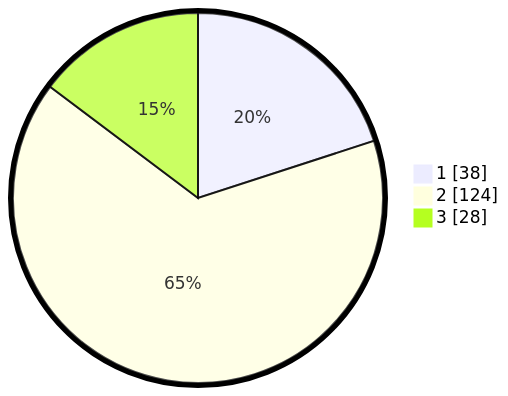
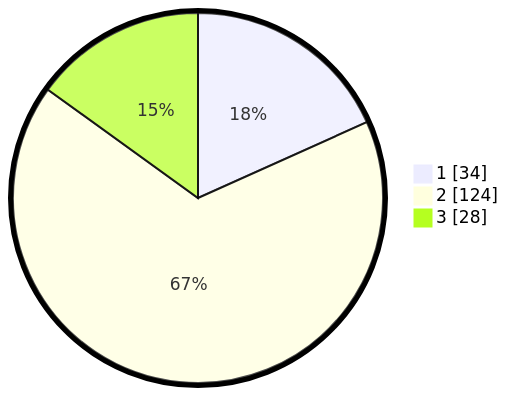
Before and after one commit to gigit-pemilu/pemilu-2024-52-nusa-tenggara-barat: the second of 2 diagrams in pilpres/hitung-suara/sub/52-nusa-tenggara-barat/sub/01-lombok-barat/sub/03-narmada/sub/2009-selat/sub/015-tps/README.md, drawn with Mermaid. The commit also changed other lines of this file and 721 other files, not shown here.

````diff
--- a/pilpres/hitung-suara/sub/52-nusa-tenggara-barat/sub/01-lombok-barat/sub/03-narmada/sub/2009-selat/sub/015-tps/README.md
+++ b/pilpres/hitung-suara/sub/52-nusa-tenggara-barat/sub/01-lombok-barat/sub/03-narmada/sub/2009-selat/sub/015-tps/README.md
@@ -13,7 +13,7 @@
 ```mermaid
 %%{init: {"pie": {"textPosition": 0.5}, "themeVariables": {"pieOuterStrokeWidth": "5px"}} }%%
 pie showData
-    "1" : 38
+    "1" : 34
     "2" : 124
     "3" : 28
 ```
````
